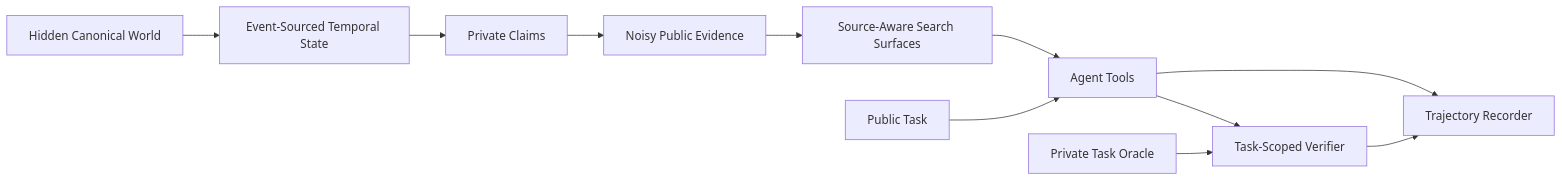
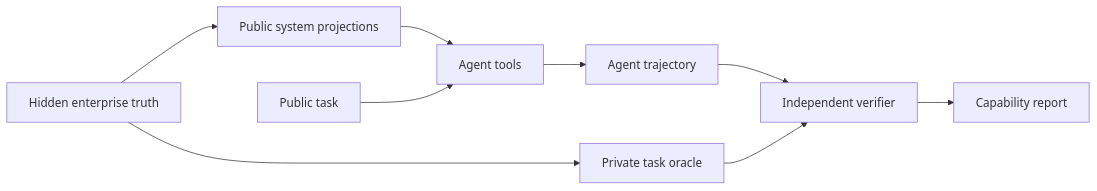
One commit to FPC-effortless/veritas changed the diagram in README.md. Above: the diagram before and after it, drawn with Mermaid. The commit also changed other lines of this file, not shown here.

````diff
--- a/README.md
+++ b/README.md
@@ -7,13 +25,11 @@
 ```mermaid
 flowchart LR
-  W[Hidden Canonical World] --> E[Event-Sourced Temporal State]
-  E --> C[Private Claims]
-  C --> D[Noisy Public Evidence]
-  D --> S[Source-Aware Search Surfaces]
-  S --> A[Agent Tools]
-  T[Public Task] --> A
-  O[Private Task Oracle] --> V[Task-Scoped Verifier]
-  A --> V
-  A --> R[Trajectory Recorder]
-  V --> R
+  W[Hidden enterprise truth] --> P[Public system projections]
+  W --> O[Private task oracle]
+  P --> T[Agent tools]
+  Q[Public task] --> T
+  T --> A[Agent trajectory]
+  A --> V[Independent verifier]
+  O --> V
+  V --> R[Capability report]
 ```
````
